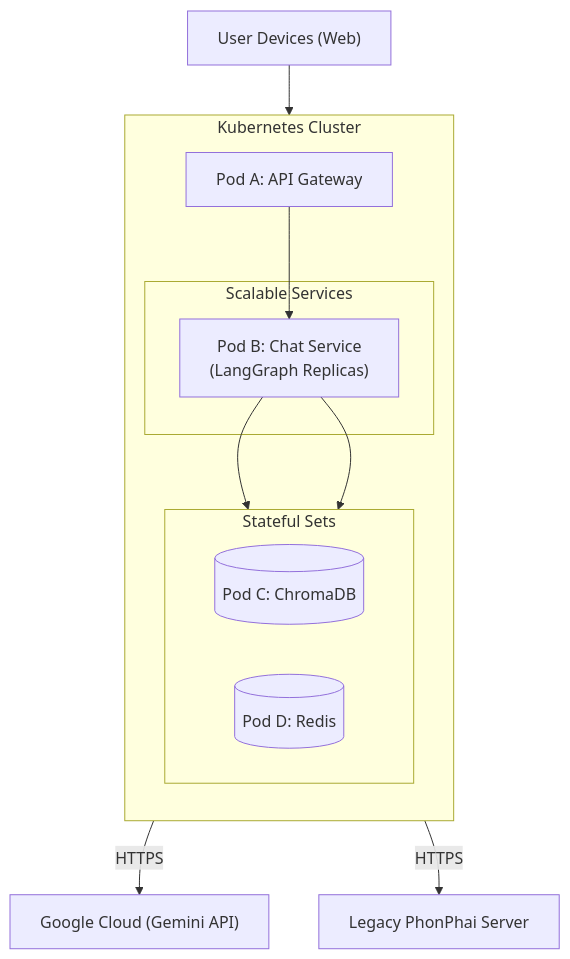
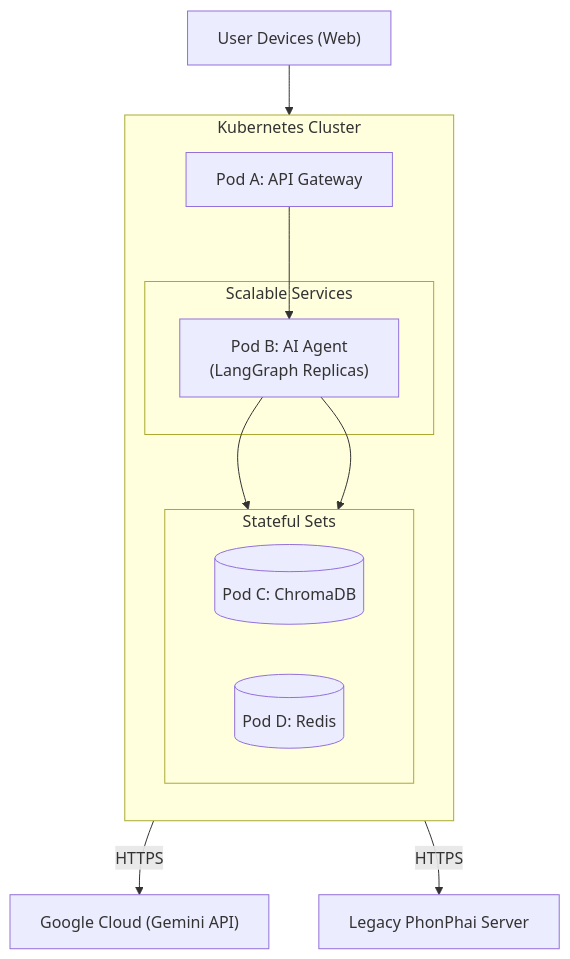
The diagram in diagram/Deployment.mmd (Alarm24/PhonphaiChatbot), drawn with Mermaid before and after one commit. The commit also changed 9 other files, not shown here.

Commit message:
[ADD]updateDiagram

```diff
--- a/diagram/Deployment.mmd
+++ b/diagram/Deployment.mmd
@@ -1,29 +1,29 @@
 flowchart TD
     UserDev["User Devices (Web)"]
 
     subgraph K8s["Kubernetes Cluster"]
         direction TB
         ApiGw["Pod A: API Gateway"]
 
         subgraph Scalable["Scalable Services"]
-            ChatSvc["Pod B: Chat Service\n(LangGraph Replicas)"]
+            ChatSvc["Pod B: AI Agent\n(LangGraph Replicas)"]
         end
 
         subgraph Stateful["Stateful Sets"]
             direction LR
             Chroma[("Pod C: ChromaDB")]
             Redis[("Pod D: Redis")]
         end
 
         ApiGw --> ChatSvc
         ChatSvc --> Chroma
         ChatSvc --> Redis
     end
 
     UserDev --> ApiGw
 
     Gemini["Google Cloud (Gemini API)"]
     Legacy["Legacy PhonPhai Server"]
 
     ChatSvc -- "HTTPS" --> Gemini
     ChatSvc -- "HTTPS" --> Legacy
```
